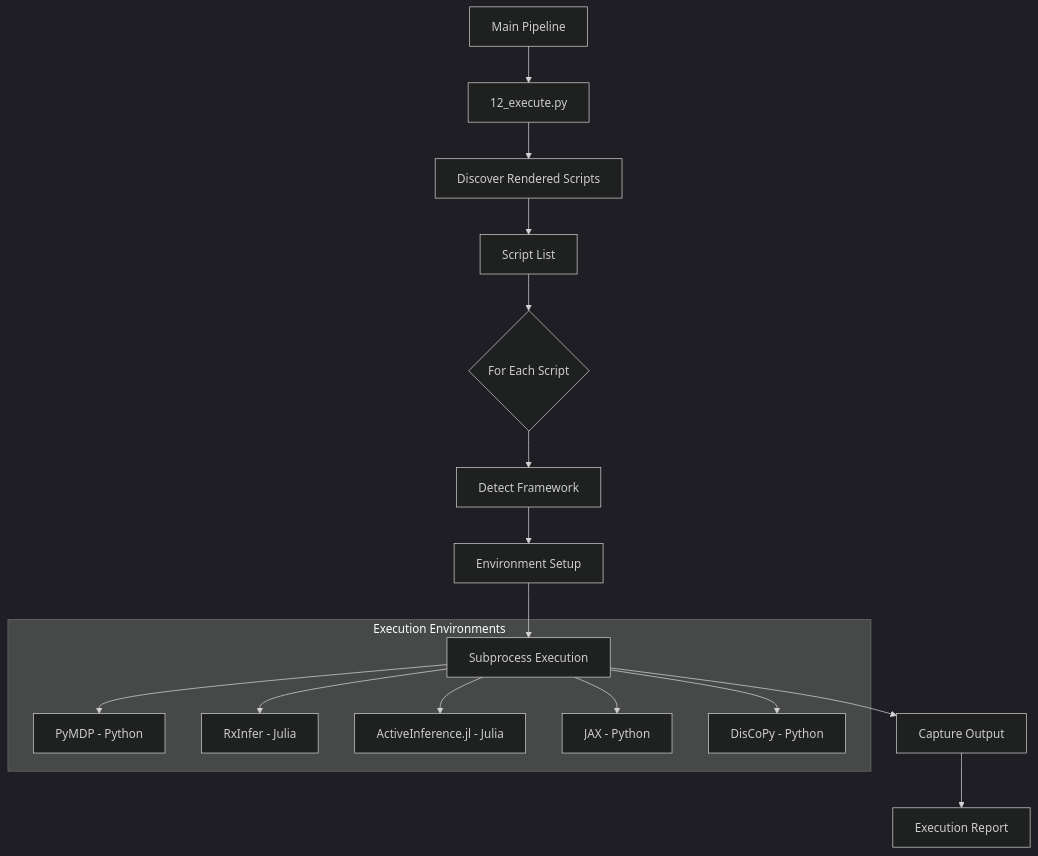
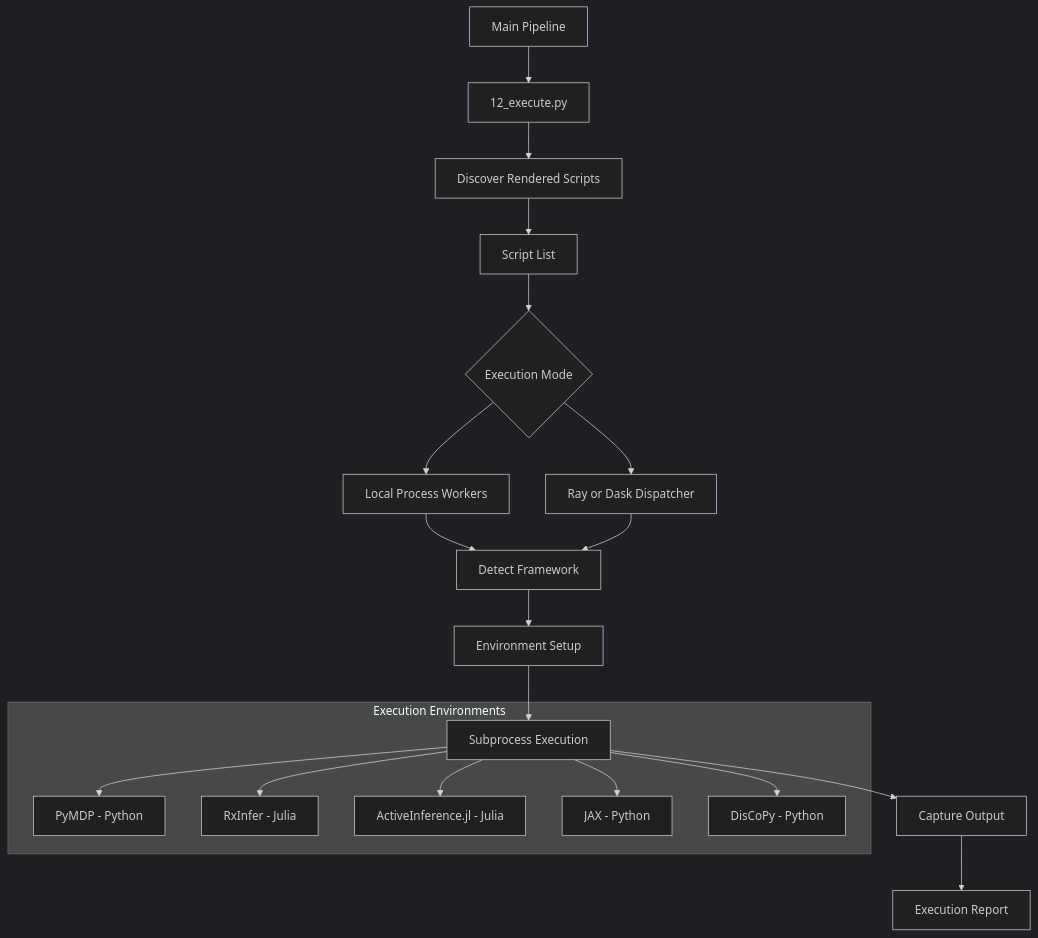
Before and after one commit to ActiveInferenceInstitute/GeneralizedNotationNotation: the diagram in src/execute/README.md, drawn with Mermaid (dark theme). The commit also changed other lines of this file and 2411 other files, not shown here.

````diff
--- a/src/execute/README.md
+++ b/src/execute/README.md
@@ -42,21 +42,24 @@
 ```mermaid
 graph TD
     Pipeline[Main Pipeline] --> Step12[12_execute.py]
     Step12 --> Discovery[Discover Rendered Scripts]
     Discovery --> List[Script List]
     
-    List --> Loop{For Each Script}
-    Loop --> Detect[Detect Framework]
+    List --> Dispatch{Execution Mode}
+    Dispatch --> Local[Local Process Workers]
+    Dispatch --> Distributed[Ray or Dask Dispatcher]
+    Local --> Detect[Detect Framework]
+    Distributed --> Detect
     Detect --> Setup[Environment Setup]
     Setup --> Run[Subprocess Execution]
     Run --> Capture[Capture Output]
     Capture --> Report[Execution Report]
     
     subgraph "Execution Environments"
     Run --> PyMDP[PyMDP - Python]
     Run --> RxInfer[RxInfer - Julia]
     Run --> ActInf[ActiveInference.jl - Julia]
     Run --> JAX[JAX - Python]
     Run --> DisCoPy[DisCoPy - Python]
     end
 ```
````
